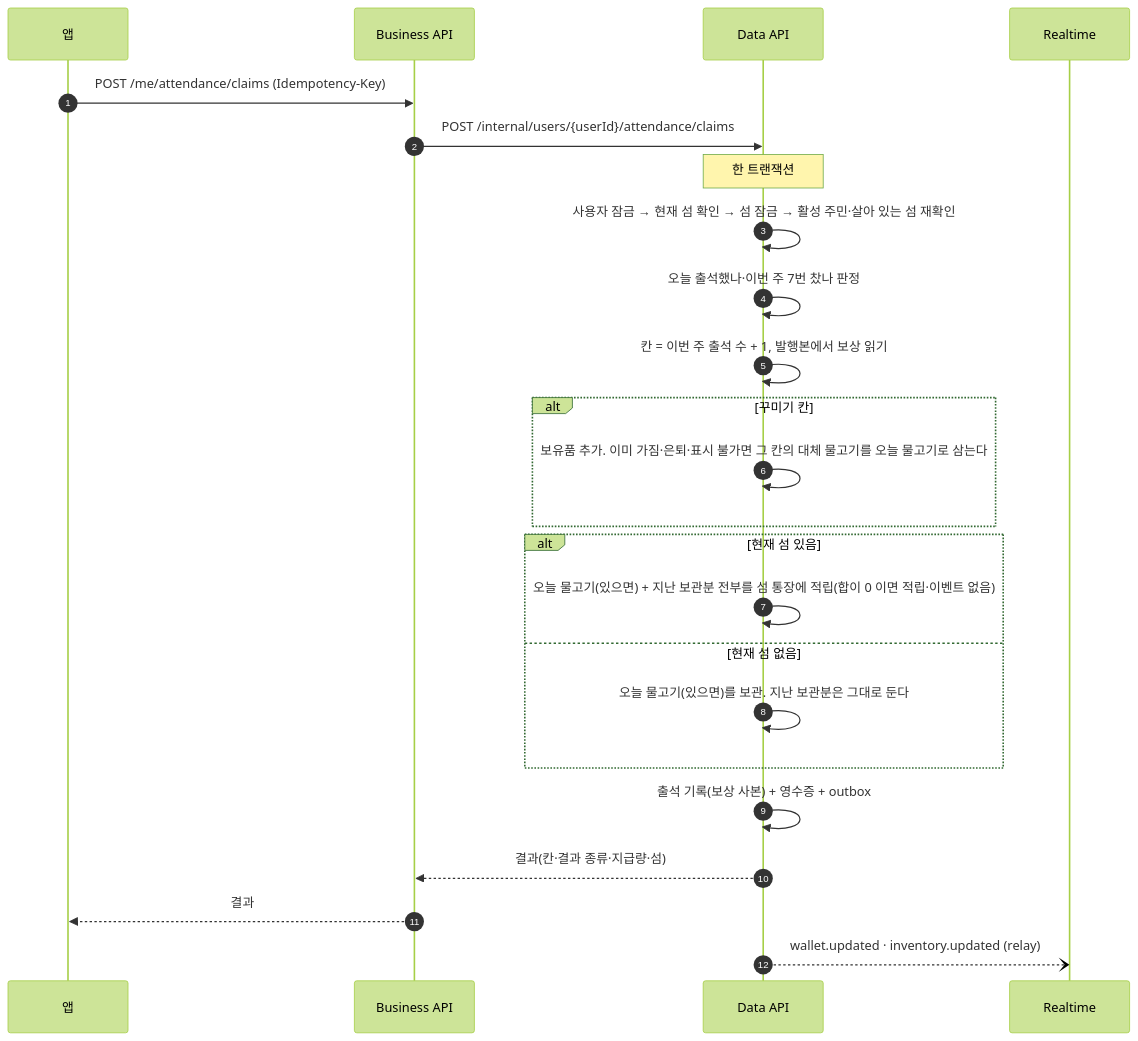
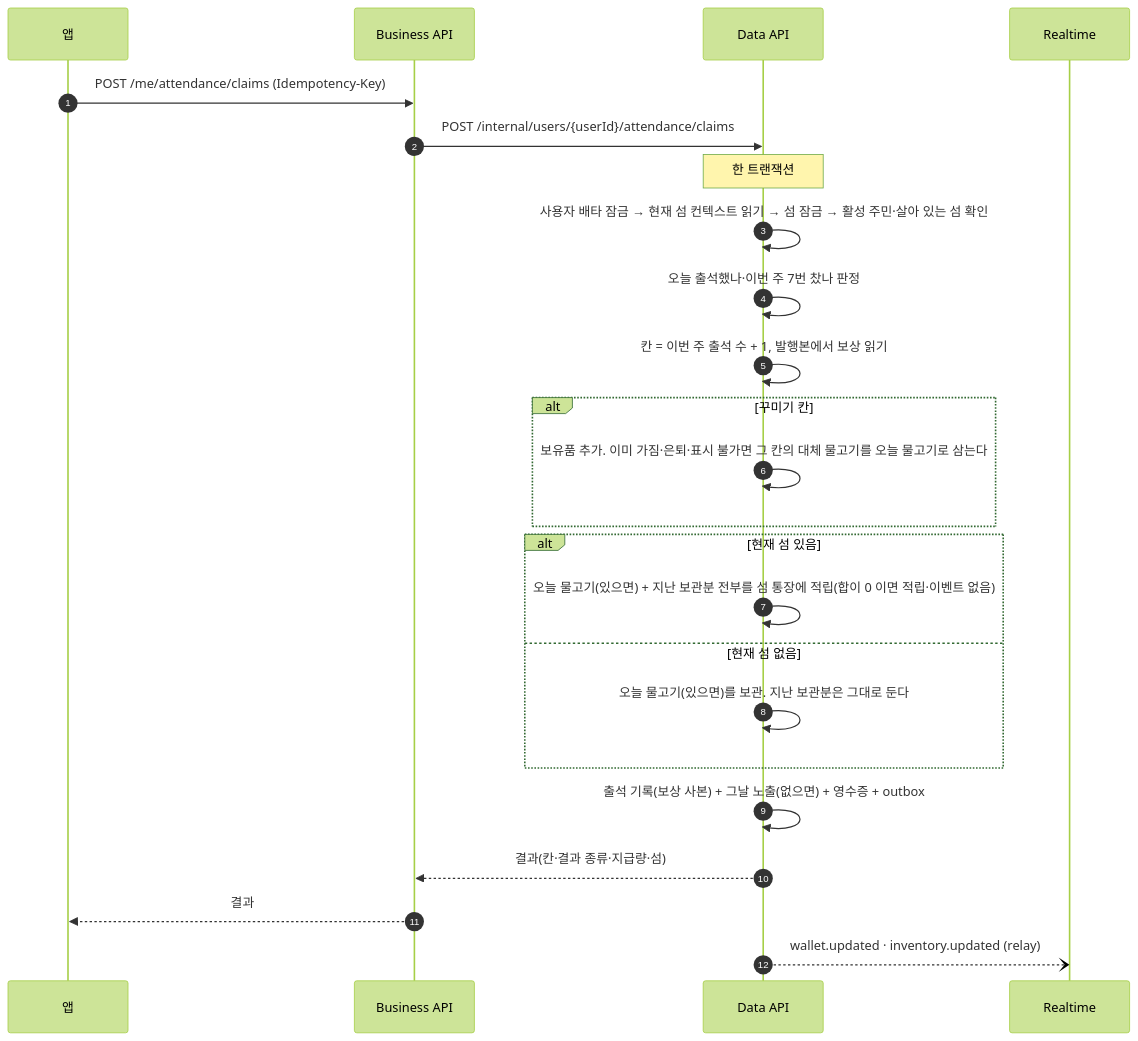
One commit to OneOrThree/phone changed the third of 4 diagrams in docs/prd/fishcat/attendance/high-level-design.md. Above: the diagram before and after it, drawn with Mermaid (forest theme). The commit also changed other lines of this file, not shown here.

````diff
--- a/docs/prd/fishcat/attendance/high-level-design.md
+++ b/docs/prd/fishcat/attendance/high-level-design.md
@@ -107,26 +107,26 @@
 ```mermaid
 sequenceDiagram
   autonumber
   participant A as 앱
   participant B as Business API
   participant D as Data API
   participant R as Realtime
   A->>B: POST /me/attendance/claims (Idempotency-Key)
   B->>D: POST /internal/users/{userId}/attendance/claims
   Note over D: 한 트랜잭션
-  D->>D: 사용자 잠금 → 현재 섬 확인 → 섬 잠금 → 활성 주민·살아 있는 섬 재확인
+  D->>D: 사용자 배타 잠금 → 현재 섬 컨텍스트 읽기 → 섬 잠금 → 활성 주민·살아 있는 섬 확인
   D->>D: 오늘 출석했나·이번 주 7번 찼나 판정
   D->>D: 칸 = 이번 주 출석 수 + 1, 발행본에서 보상 읽기
   alt 꾸미기 칸
     D->>D: 보유품 추가. 이미 가짐·은퇴·표시 불가면 그 칸의 대체 물고기를 오늘 물고기로 삼는다
   end
   alt 현재 섬 있음
     D->>D: 오늘 물고기(있으면) + 지난 보관분 전부를 섬 통장에 적립(합이 0 이면 적립·이벤트 없음)
   else 현재 섬 없음
     D->>D: 오늘 물고기(있으면)를 보관. 지난 보관분은 그대로 둔다
   end
-  D->>D: 출석 기록(보상 사본) + 영수증 + outbox
+  D->>D: 출석 기록(보상 사본) + 그날 노출(없으면) + 영수증 + outbox
   D-->>B: 결과(칸·결과 종류·지급량·섬)
   B-->>A: 결과
   D--)R: wallet.updated · inventory.updated (relay)
 ```
````
